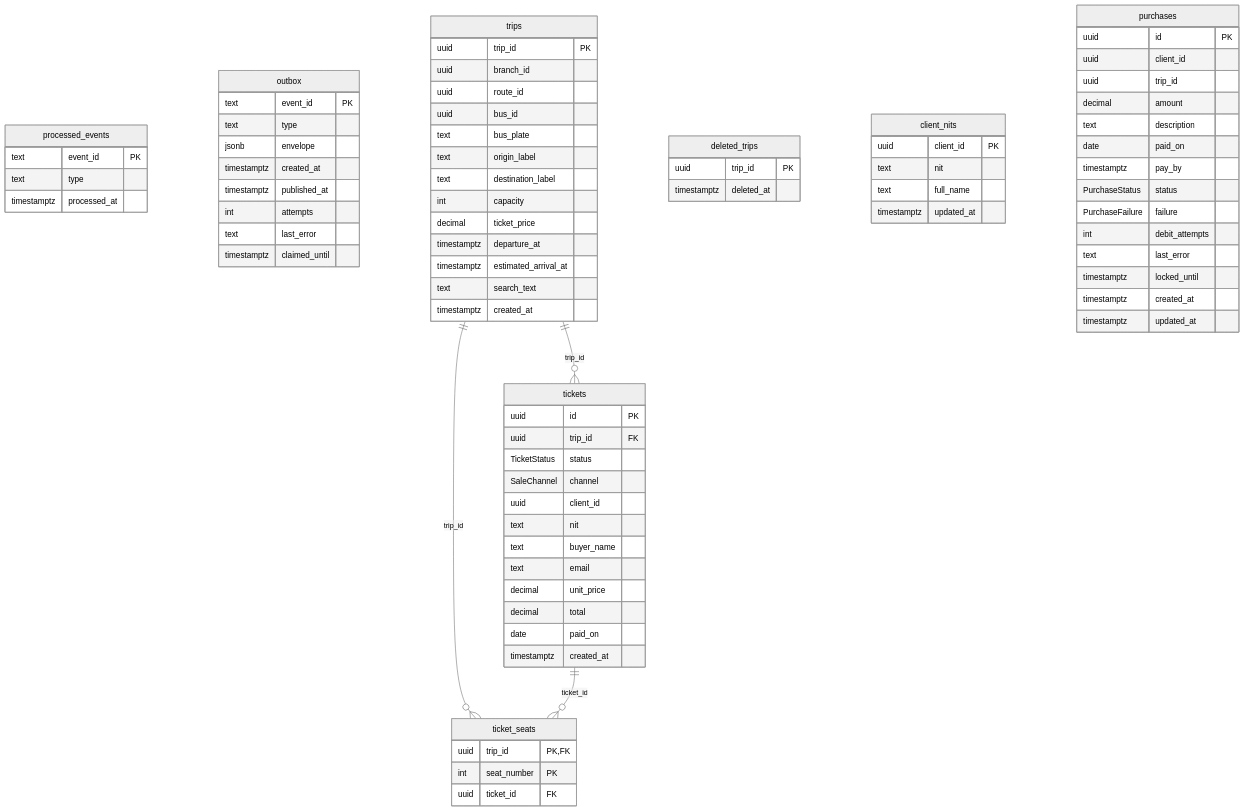
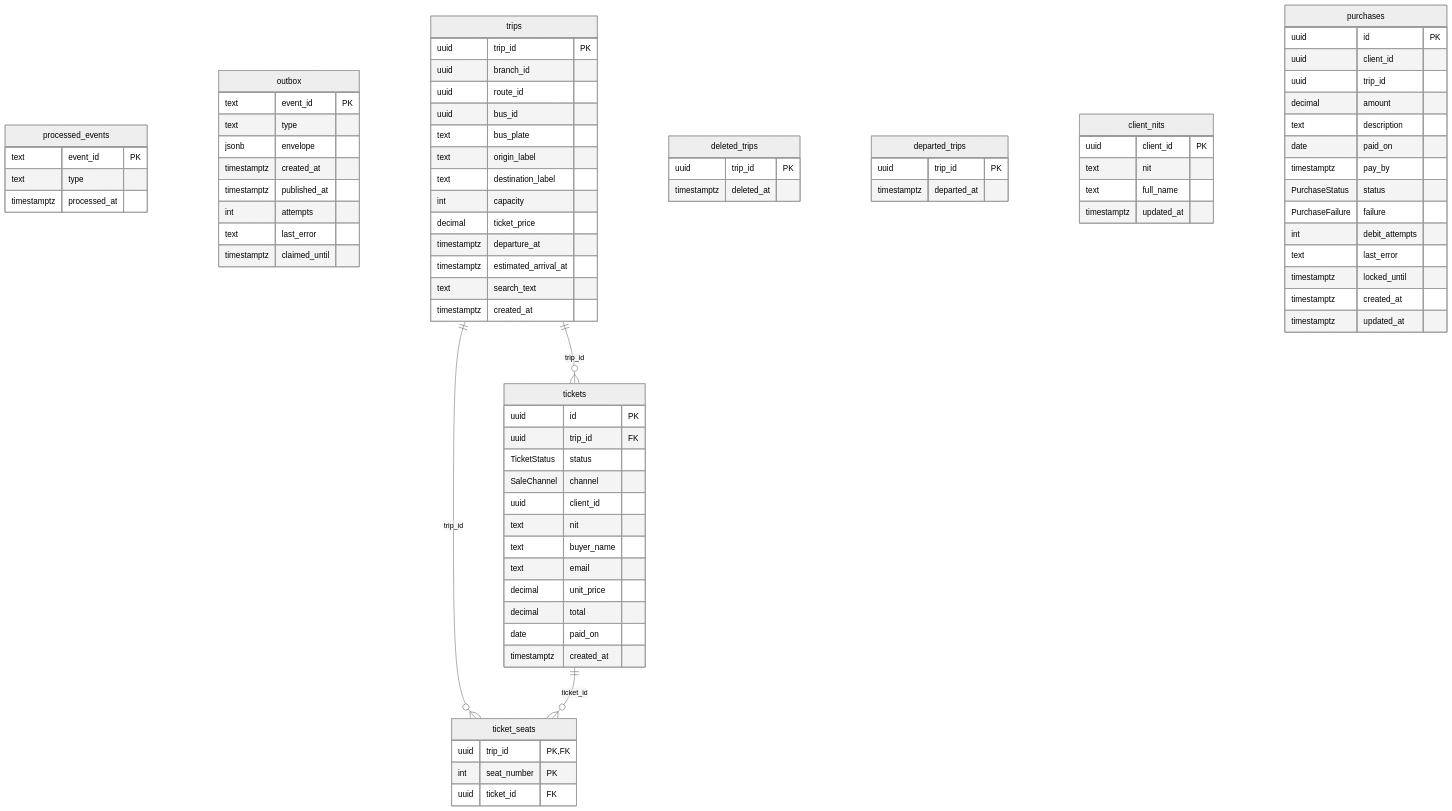
Before and after one commit to JeffMenca/debus: the second of 4 diagrams in docs/ventas/README.md, drawn with Mermaid (neutral theme). The commit also changed other lines of this file and 61 other files, not shown here.

Commit message:
fix: recover staff profiles, stop selling departed trips, clear map labels and orphan report rows

```diff
--- a/docs/ventas/README.md
+++ b/docs/ventas/README.md
@@ -73,6 +73,10 @@
   deleted_trips {
     uuid trip_id PK
     timestamptz deleted_at
+  }
+  departed_trips {
+    uuid trip_id PK
+    timestamptz departed_at
   }
   tickets {
     uuid id PK
```
